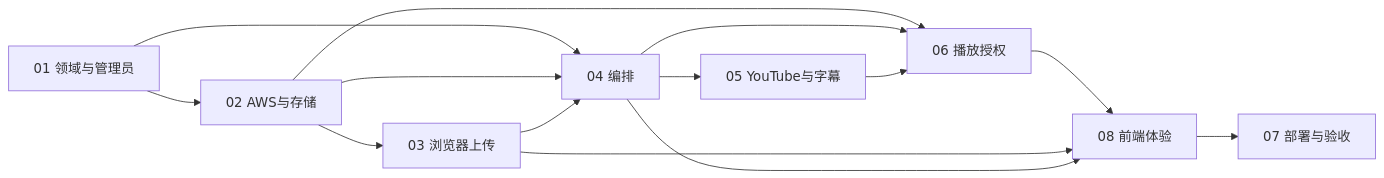
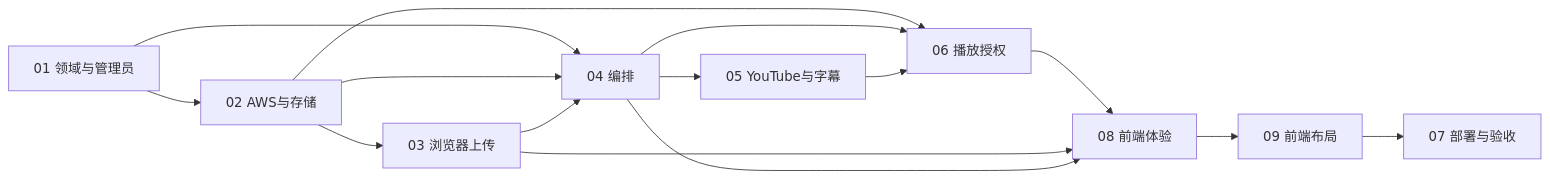
One commit to caoyjie/mediacms changed the third of 3 diagrams in docs/superpowers/specs/aws-backend-integration/README.md. Above: the diagram before and after it, drawn with Mermaid. The commit also changed other lines of this file and 1 other file, not shown here.

Commit message:
docs: define compatible frontend layout

````diff
--- a/docs/superpowers/specs/aws-backend-integration/README.md
+++ b/docs/superpowers/specs/aws-backend-integration/README.md
@@ -96,16 +97,17 @@
 ```mermaid
 flowchart LR
     D[01 领域与管理员] --> A[02 AWS与存储]
     A --> U[03 浏览器上传]
     D --> O[04 编排]
     A --> O
     U --> O
     O --> Y[05 YouTube与字幕]
     A --> P[06 播放授权]
     O --> P
     Y --> P
     P --> F[08 前端体验]
     U --> F
     O --> F
-    F --> V[07 部署与验收]
+    F --> L[09 前端布局]
+    L --> V[07 部署与验收]
 ```
````
